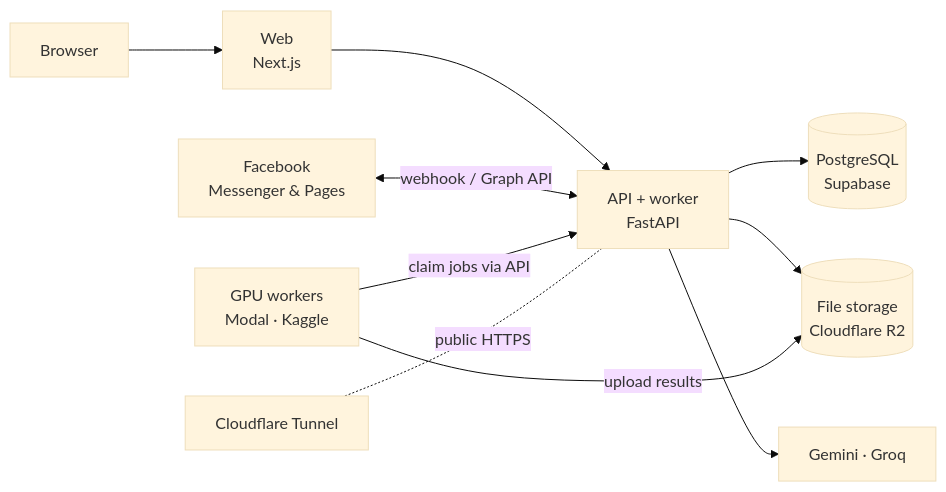
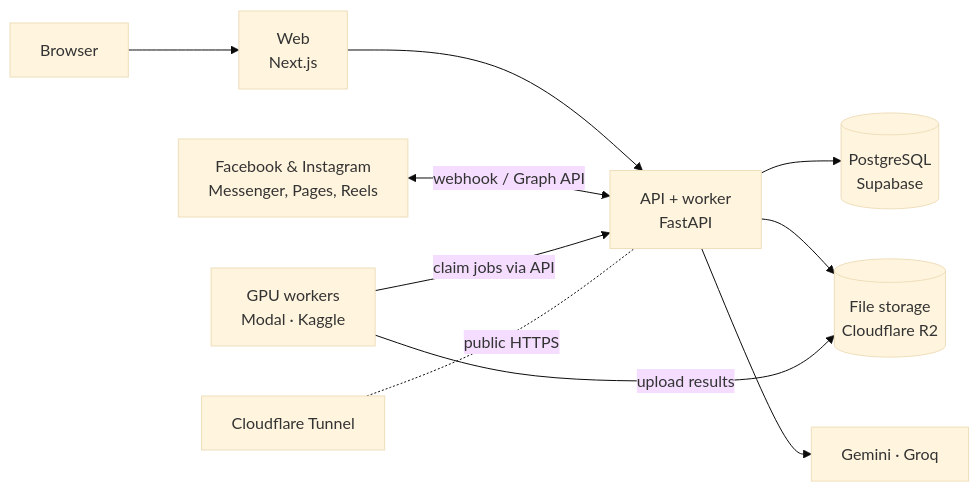
One commit to Leviathan3311/affiliate-studio changed the diagram in README.md. Above: the diagram before and after it, drawn with Mermaid (base theme). The commit also changed other lines of this file and 12 other files, not shown here.

First line of the commit message:
feat(social): Instagram photos and Reels alongside Facebook Pages

````diff
--- a/README.md
+++ b/README.md
@@ -28,12 +28,12 @@
 ```mermaid
 flowchart LR
     U[Browser] --> W[Web<br/>Next.js]
     W --> A[API + worker<br/>FastAPI]
-    FB[Facebook<br/>Messenger & Pages] <-->|webhook / Graph API| A
+    FB[Facebook & Instagram<br/>Messenger, Pages, Reels] <-->|webhook / Graph API| A
     A --> DB[(PostgreSQL<br/>Supabase)]
     A --> S[(File storage<br/>Cloudflare R2)]
     A --> AI[Gemini · Groq]
     K[GPU workers<br/>Modal · Kaggle] -->|claim jobs via API| A
     K -->|upload results| S
     T[Cloudflare Tunnel] -.public HTTPS.- A
 ```
````
